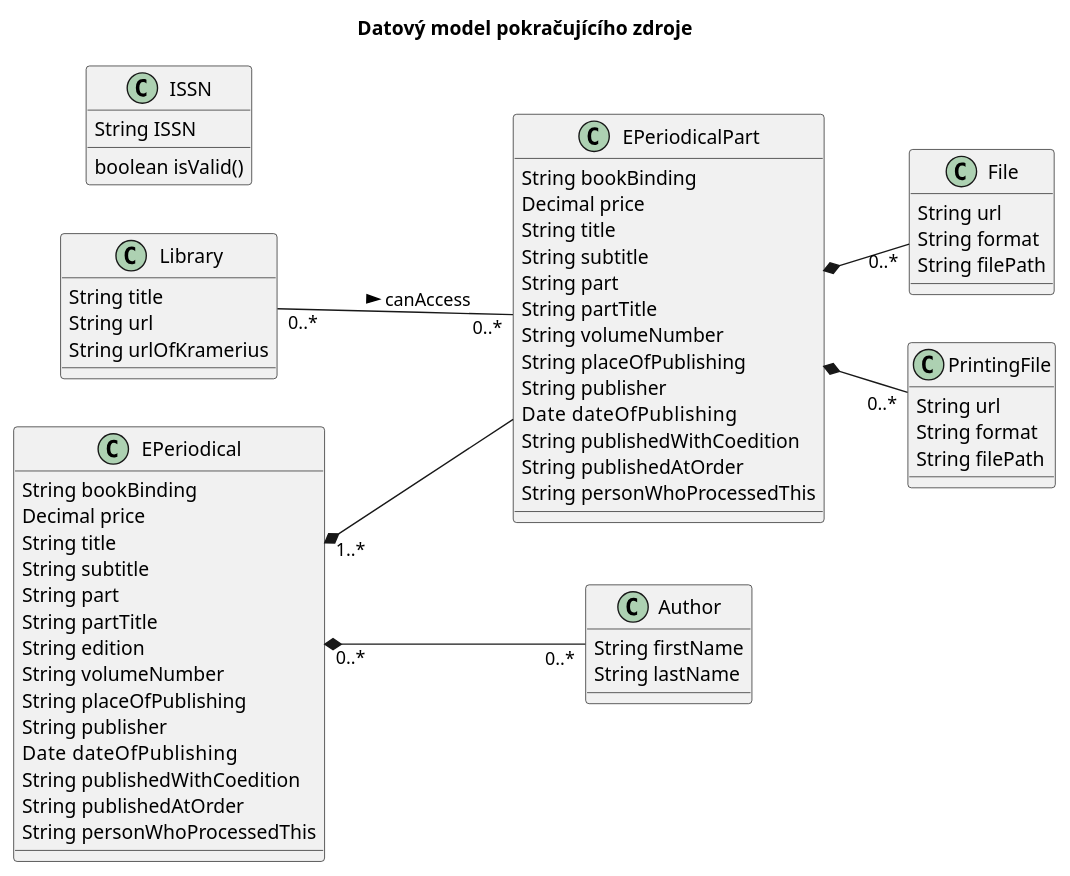
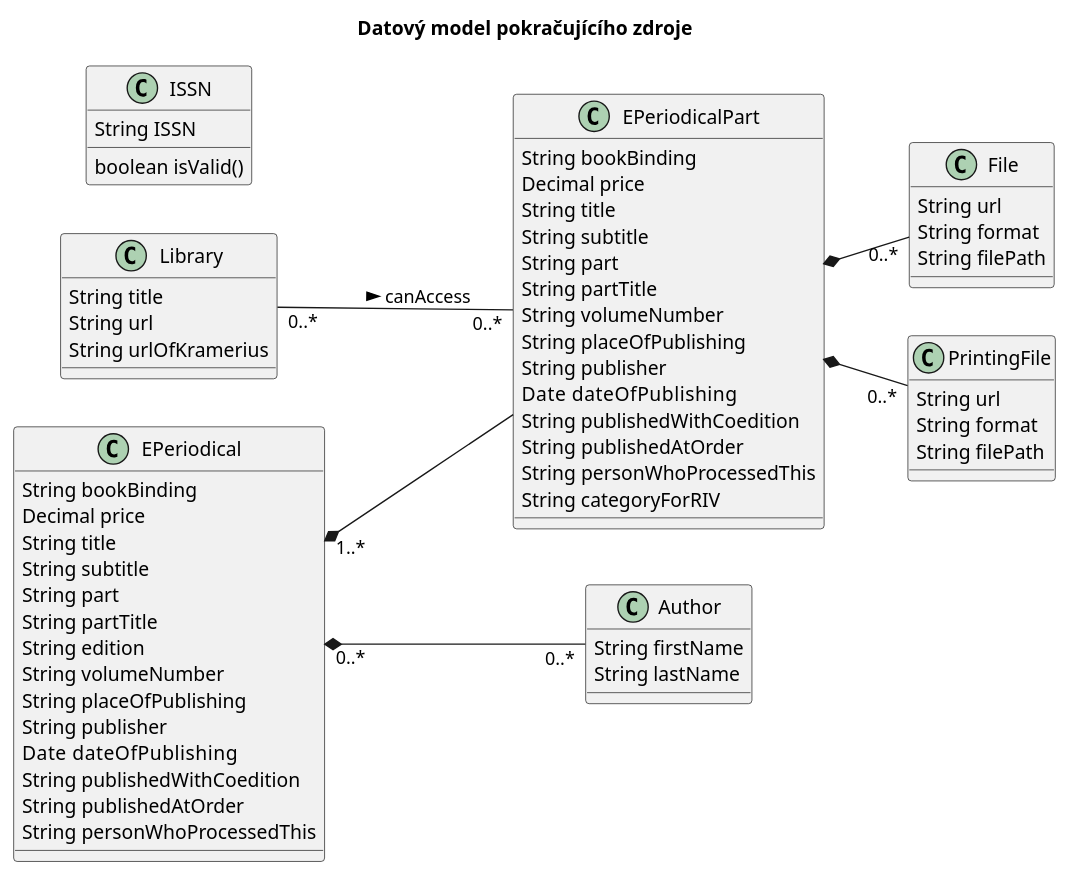
One commit to edeposit/edeposit changed the diagram in docs/dm02.plantuml. Above: the diagram before and after it, drawn with PlantUML. The commit also changed 5 other files, not shown here.

Commit message:
added categoryForRIV attribute

```diff
--- a/docs/dm02.plantuml
+++ b/docs/dm02.plantuml
@@ -1,72 +1,73 @@
 @startuml
 left to right direction
 title Datový model pokračujícího zdroje
 
 class Library {
       String title
       String url
       String urlOfKramerius
 }
 
 class ISSN {
       String ISSN
       boolean isValid()
 }
 
 class File {
       String url
       String format
       String filePath
 }
 
 class Author {
       String firstName
       String lastName
 }
 
 class PrintingFile {
       String url
       String format
       String filePath
 }
 
 class EPeriodical {
       String bookBinding
       Decimal price
       String title
       String subtitle
       String part
       String partTitle
       String edition
       String volumeNumber
       String placeOfPublishing
       String publisher
       Date   dateOfPublishing
       String publishedWithCoedition
       String publishedAtOrder
       String personWhoProcessedThis
 }
 
 class EPeriodicalPart {
       String bookBinding
       Decimal price
       String title
       String subtitle
       String part
       String partTitle
       String volumeNumber
       String placeOfPublishing
       String publisher
       Date   dateOfPublishing
       String publishedWithCoedition
       String publishedAtOrder
       String personWhoProcessedThis
+      String categoryForRIV
 }
 
 Library "0..*" -- "0..*" EPeriodicalPart: canAccess >
 EPeriodicalPart *-- "0..*" File
 EPeriodicalPart *-- "0..*" PrintingFile
 EPeriodical "0..*" *-- "0..*" Author
 EPeriodical "1..*" *-- EPeriodicalPart
 
 @enduml
```
